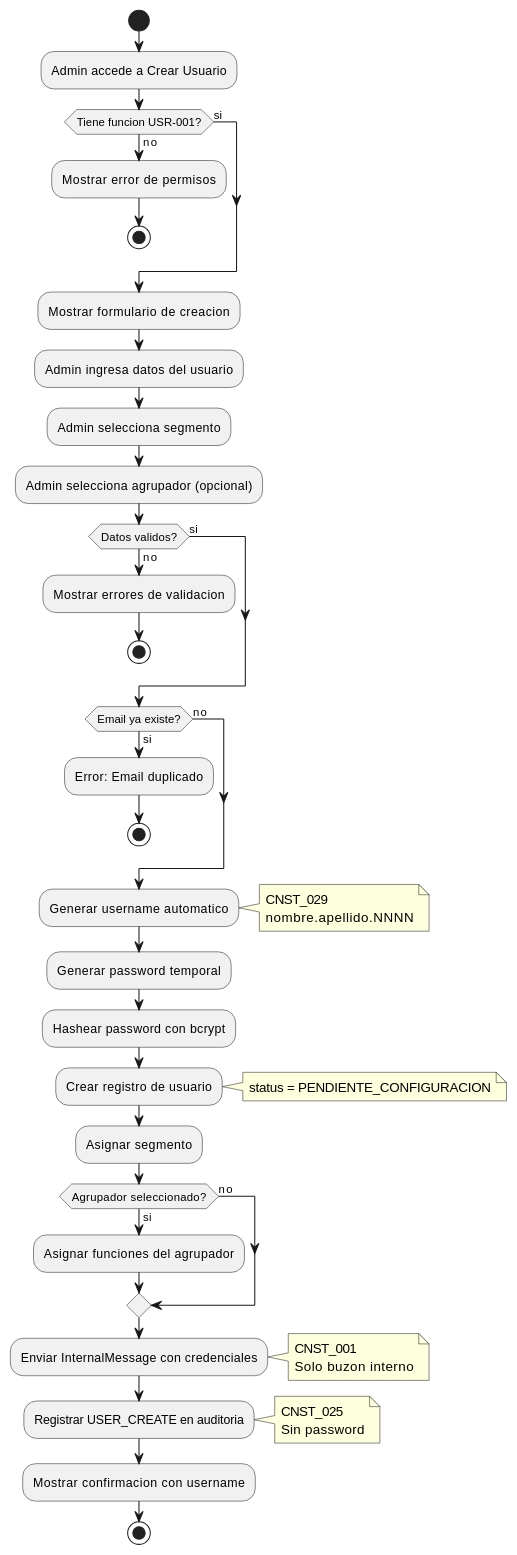
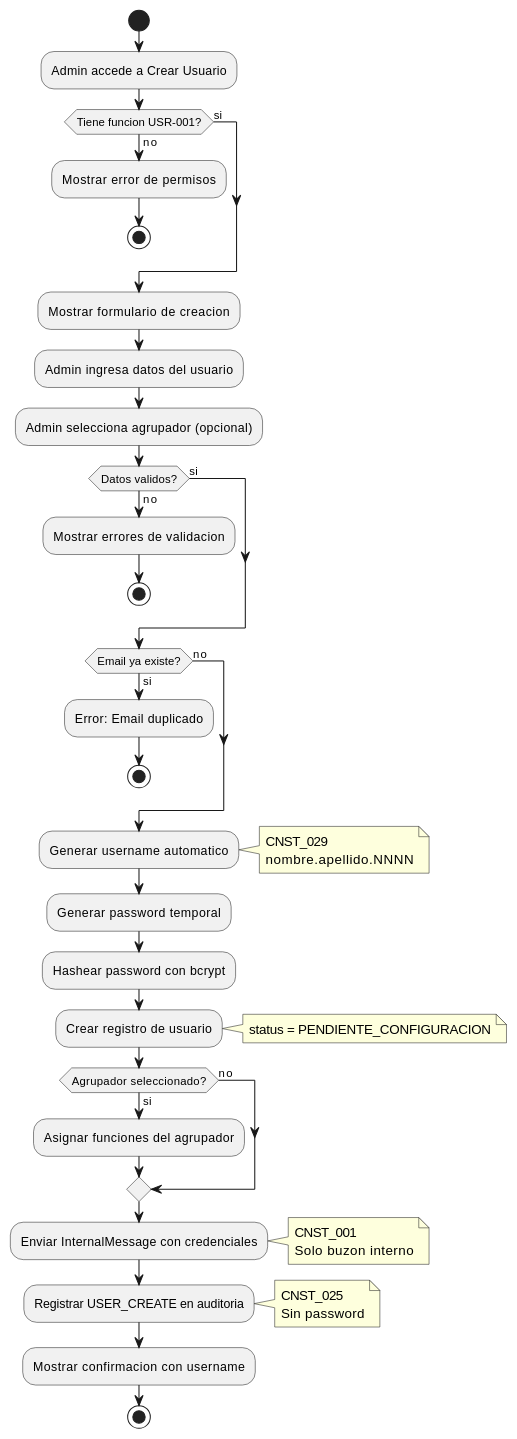
One commit to jcg-admin/IACT-docs changed the third of 3 diagrams in source/requisitos/casos-uso/users/uc-usr-01-crear-usuario.rst. Above: the diagram before and after it, drawn with PlantUML. The commit also changed other lines of this file and 3 other files, not shown here.

```diff
--- a/source/requisitos/casos-uso/users/uc-usr-01-crear-usuario.rst
+++ b/source/requisitos/casos-uso/users/uc-usr-01-crear-usuario.rst
@@ -496,74 +478,70 @@
 .. uml::
  :caption: Diagrama de Actividad - UC_USR_01
 
  @startuml
 
  start
 
  :Admin accede a Crear Usuario;
 
  if (Tiene funcion USR-001?) then (no)
  :Mostrar error de permisos;
  stop
  else (si)
  endif
 
  :Mostrar formulario de creacion;
 
  :Admin ingresa datos del usuario;
-
- :Admin selecciona segmento;
 
  :Admin selecciona agrupador (opcional);
 
  if (Datos validos?) then (no)
  :Mostrar errores de validacion;
  stop
  else (si)
  endif
 
  if (Email ya existe?) then (si)
  :Error: Email duplicado;
  stop
  else (no)
  endif
 
  :Generar username automatico;
  note right
  CNST_029
  nombre.apellido.NNNN
  end note
 
  :Generar password temporal;
 
  :Hashear password con bcrypt;
 
  :Crear registro de usuario;
  note right
  status = PENDIENTE_CONFIGURACION
  end note
 
- :Asignar segmento;
-
  if (Agrupador seleccionado?) then (si)
  :Asignar funciones del agrupador;
  else (no)
  endif
 
  :Enviar InternalMessage con credenciales;
  note right
  CNST_001
  Solo buzon interno
  end note
 
  :Registrar USER_CREATE en auditoria;
  note right
  CNST_025
  Sin password
  end note
 
  :Mostrar confirmacion con username;
 
  stop
 
  @enduml
```
